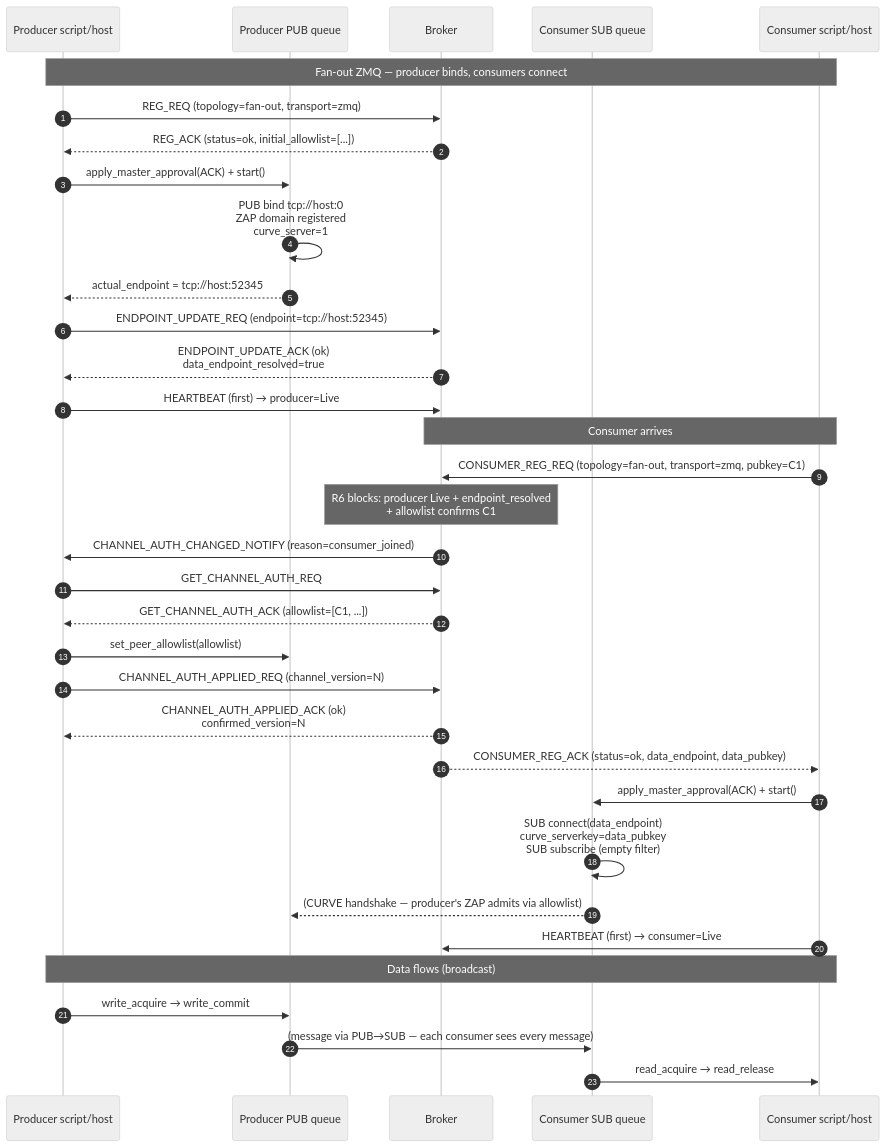
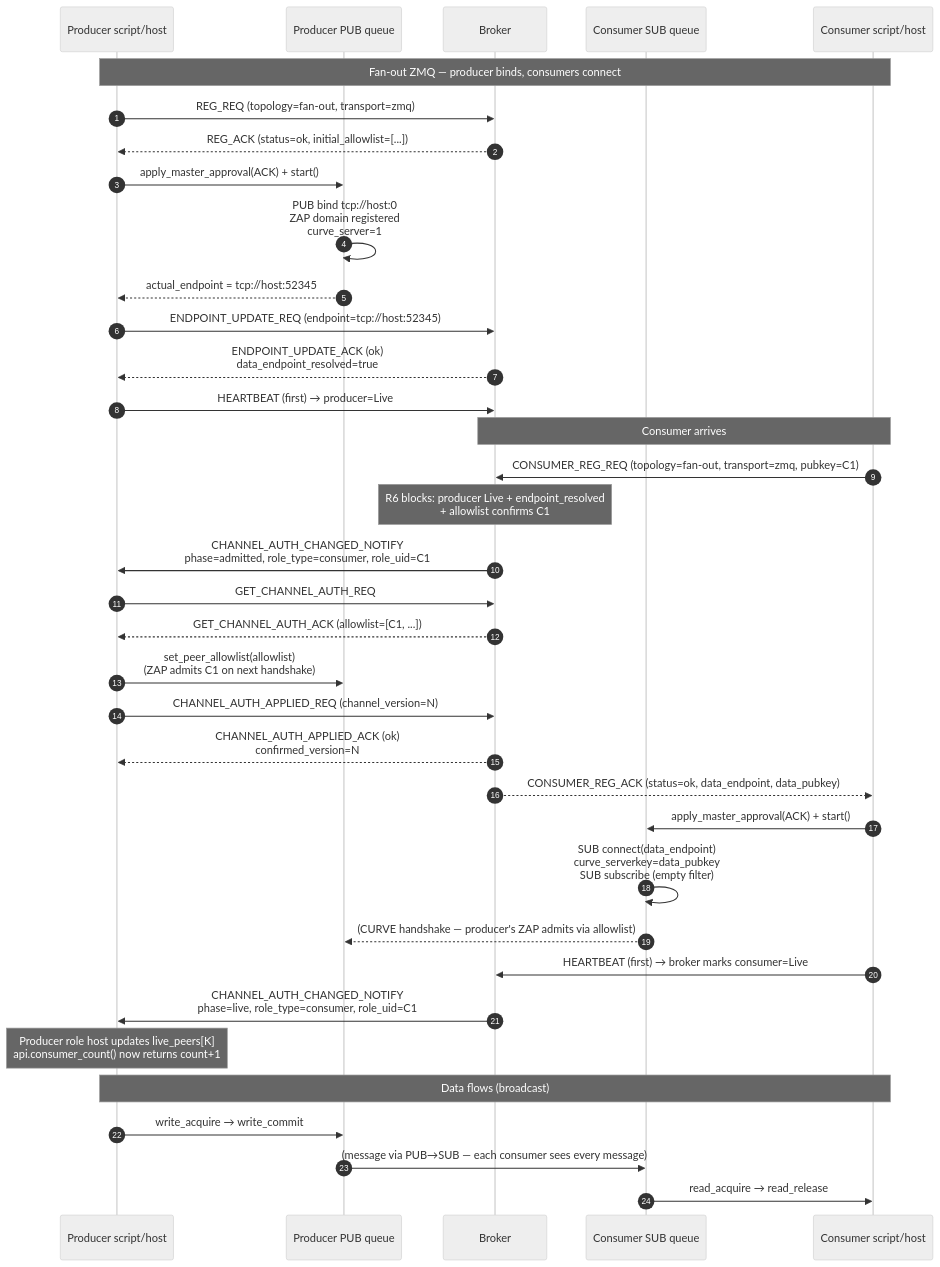
The third of 7 diagrams in docs/tech_draft/DRAFT_topology_singular_side_2026-07.md (Qing-LAB/pylabhub), drawn with Mermaid (neutral theme) before and after one commit. The commit also changed other lines of this file, not shown here.

````diff
--- a/docs/tech_draft/DRAFT_topology_singular_side_2026-07.md
+++ b/docs/tech_draft/DRAFT_topology_singular_side_2026-07.md
@@ -682,38 +742,40 @@
 ```mermaid
 sequenceDiagram
     autonumber
     participant PS as Producer script/host
     participant PQ as Producer PUB queue
     participant B  as Broker
     participant CQ as Consumer SUB queue
     participant CS as Consumer script/host
 
     Note over PS,CS: Fan-out ZMQ — producer binds, consumers connect
     PS->>B: REG_REQ (topology=fan-out, transport=zmq)
     B-->>PS: REG_ACK (status=ok, initial_allowlist=[...])
     PS->>PQ: apply_master_approval(ACK) + start()
     PQ->>PQ: PUB bind tcp://host:0<br/>ZAP domain registered<br/>curve_server=1
     PQ-->>PS: actual_endpoint = tcp://host:52345
     PS->>B: ENDPOINT_UPDATE_REQ (endpoint=tcp://host:52345)
     B-->>PS: ENDPOINT_UPDATE_ACK (ok)<br/>data_endpoint_resolved=true
     PS->>B: HEARTBEAT (first) → producer=Live
 
     Note over CS,B: Consumer arrives
     CS->>B: CONSUMER_REG_REQ (topology=fan-out, transport=zmq, pubkey=C1)
     Note over B: R6 blocks: producer Live + endpoint_resolved<br/>+ allowlist confirms C1
-    B->>PS: CHANNEL_AUTH_CHANGED_NOTIFY (reason=consumer_joined)
+    B->>PS: CHANNEL_AUTH_CHANGED_NOTIFY<br/>phase=admitted, role_type=consumer, role_uid=C1
     PS->>B: GET_CHANNEL_AUTH_REQ
     B-->>PS: GET_CHANNEL_AUTH_ACK (allowlist=[C1, ...])
-    PS->>PQ: set_peer_allowlist(allowlist)
+    PS->>PQ: set_peer_allowlist(allowlist)<br/>(ZAP admits C1 on next handshake)
     PS->>B: CHANNEL_AUTH_APPLIED_REQ (channel_version=N)
     B-->>PS: CHANNEL_AUTH_APPLIED_ACK (ok)<br/>confirmed_version=N
     B-->>CS: CONSUMER_REG_ACK (status=ok, data_endpoint, data_pubkey)
     CS->>CQ: apply_master_approval(ACK) + start()
     CQ->>CQ: SUB connect(data_endpoint)<br/>curve_serverkey=data_pubkey<br/>SUB subscribe (empty filter)
     CQ-->>PQ: (CURVE handshake — producer's ZAP admits via allowlist)
-    CS->>B: HEARTBEAT (first) → consumer=Live
+    CS->>B: HEARTBEAT (first) → broker marks consumer=Live
+    B->>PS: CHANNEL_AUTH_CHANGED_NOTIFY<br/>phase=live, role_type=consumer, role_uid=C1
+    Note over PS: Producer role host updates live_peers[K]<br/>api.consumer_count() now returns count+1
     Note over PS,CS: Data flows (broadcast)
     PS->>PQ: write_acquire → write_commit
     PQ->>CQ: (message via PUB→SUB — each consumer sees every message)
     CQ->>CS: read_acquire → read_release
 ```
````
